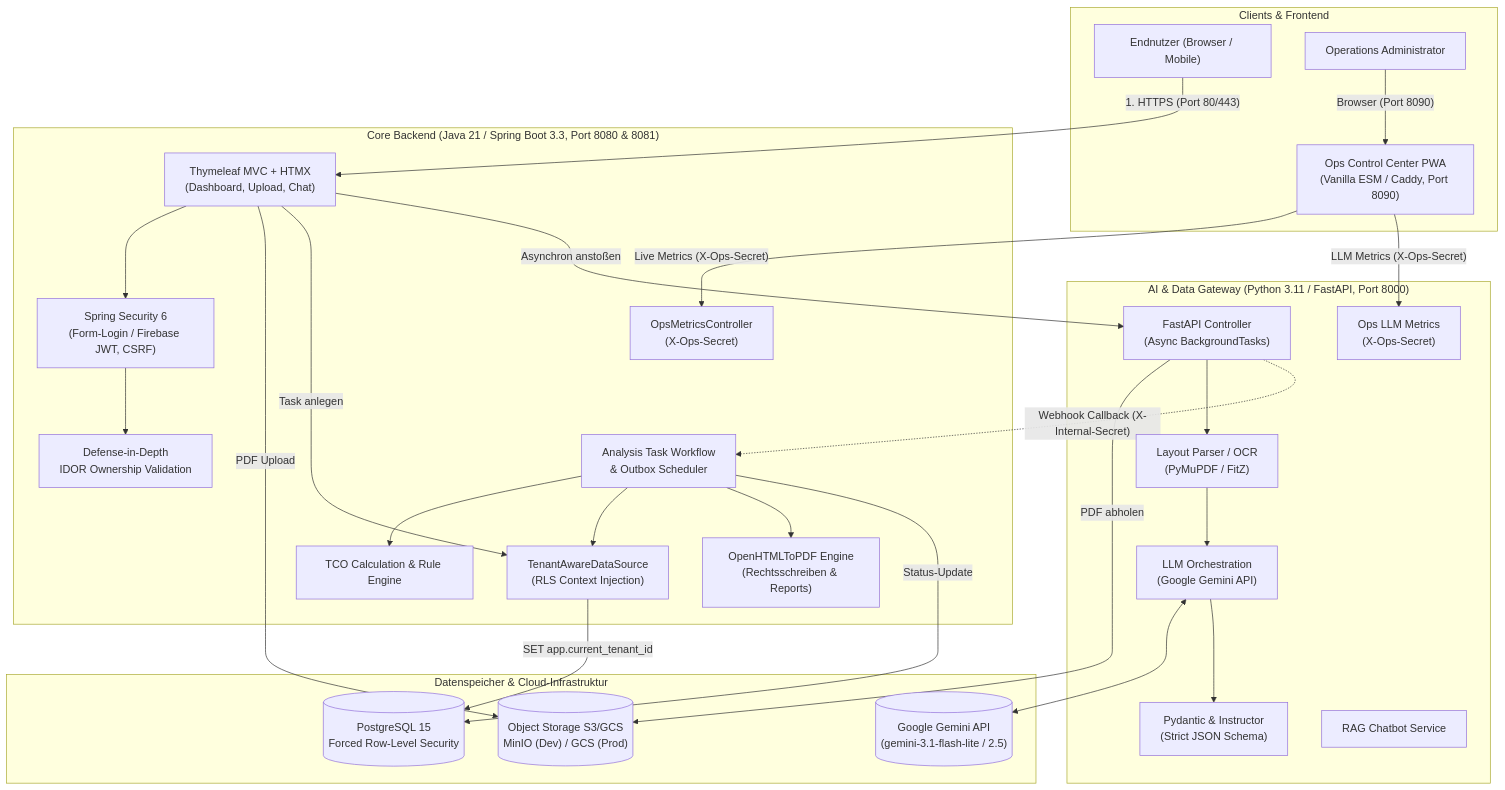
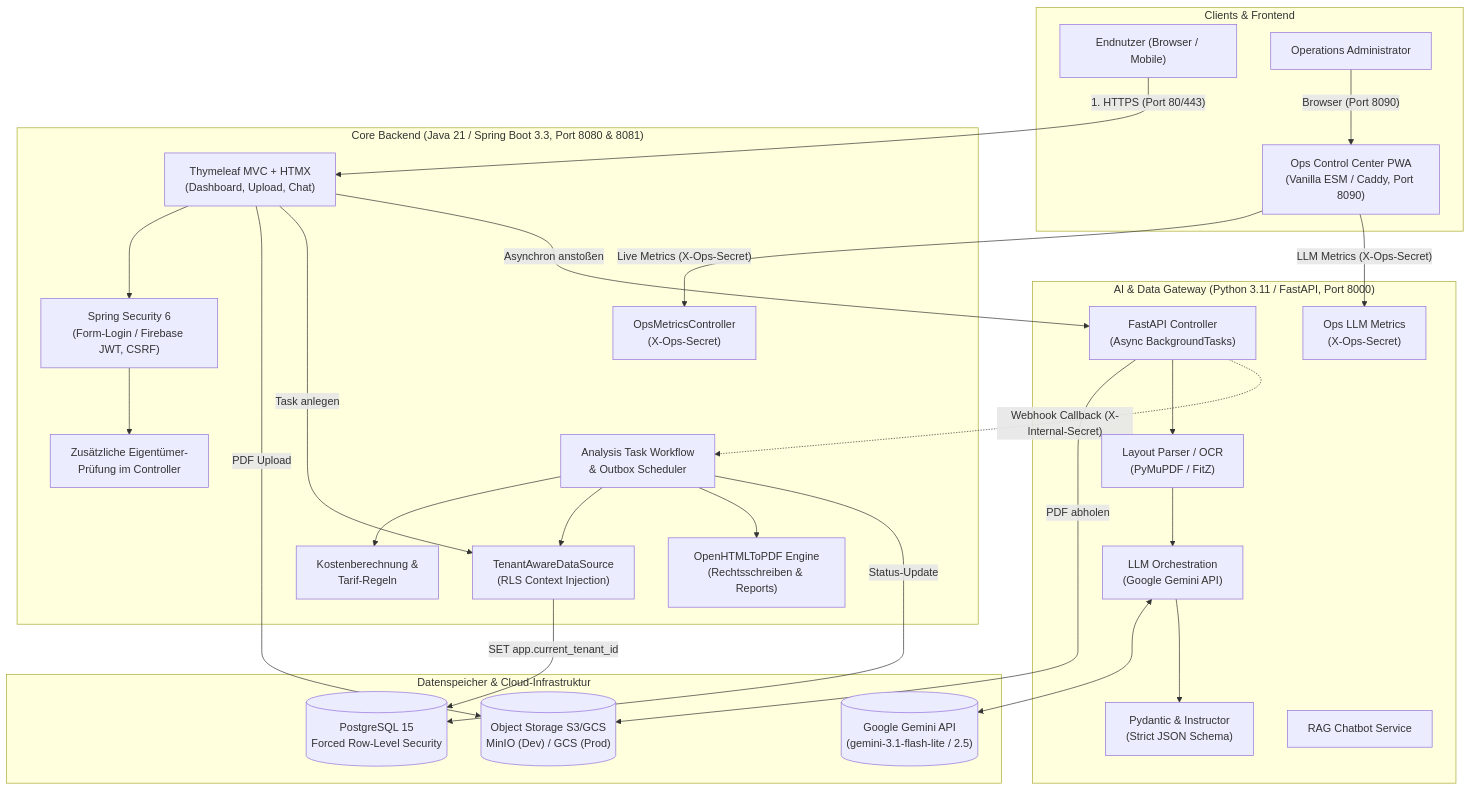
The diagram in architecture.md (ihz-christians/ihz-contract-checker), drawn with Mermaid before and after one commit. The commit also changed other lines of this file and 6 other files, not shown here.

````diff
--- a/architecture.md
+++ b/architecture.md
@@ -11,64 +11,64 @@
 ```mermaid
 graph TD
     subgraph "Clients & Frontend"
         User["Endnutzer (Browser / Mobile)"]
         Admin["Operations Administrator"]
         OCC["Ops Control Center PWA<br/>(Vanilla ESM / Caddy, Port 8090)"]
     end
 
     subgraph "Core Backend (Java 21 / Spring Boot 3.3, Port 8080 & 8081)"
         Web["Thymeleaf MVC + HTMX<br/>(Dashboard, Upload, Chat)"]
         Sec["Spring Security 6<br/>(Form-Login / Firebase JWT, CSRF)"]
-        IDOR["Defense-in-Depth<br/>IDOR Ownership Validation"]
+        IDOR["Zusätzliche Eigentümer-<br/>Prüfung im Controller"]
         TaskMgr["Analysis Task Workflow<br/>& Outbox Scheduler"]
-        Rules["TCO Calculation & Rule Engine"]
+        Rules["Kostenberechnung &<br/>Tarif-Regeln"]
         PDFGen["OpenHTMLToPDF Engine<br/>(Rechtsschreiben & Reports)"]
         TenantDS["TenantAwareDataSource<br/>(RLS Context Injection)"]
         OpsCtrl["OpsMetricsController<br/>(X-Ops-Secret)"]
     end
 
     subgraph "AI & Data Gateway (Python 3.11 / FastAPI, Port 8000)"
         FastAPI["FastAPI Controller<br/>(Async BackgroundTasks)"]
         PyMuPDF["Layout Parser / OCR<br/>(PyMuPDF / FitZ)"]
         LLM["LLM Orchestration<br/>(Google Gemini API)"]
         Schema["Pydantic & Instructor<br/>(Strict JSON Schema)"]
         Chatbot["RAG Chatbot Service"]
         AIOps["Ops LLM Metrics<br/>(X-Ops-Secret)"]
     end
 
     subgraph "Datenspeicher & Cloud-Infrastruktur"
         DB[("PostgreSQL 15<br/>Forced Row-Level Security")]
         Storage[("Object Storage S3/GCS<br/>MinIO (Dev) / GCS (Prod)")]
         Gemini[("Google Gemini API<br/>(gemini-3.1-flash-lite / 2.5)")]
     end
 
     %% Client Interactions
     User -->|"1. HTTPS (Port 80/443)"| Web
     Admin -->|"Browser (Port 8090)"| OCC
     OCC -->|"Live Metrics (X-Ops-Secret)"| OpsCtrl
     OCC -->|"LLM Metrics (X-Ops-Secret)"| AIOps
 
     %% Core Flow
     Web --> Sec
     Sec --> IDOR
     Web -->|"PDF Upload"| Storage
     Web -->|"Task anlegen"| TenantDS
     Web -->|"Asynchron anstoßen"| FastAPI
 
     %% AI Pipeline Flow
     FastAPI -->|"PDF abholen"| Storage
     FastAPI --> PyMuPDF
     PyMuPDF --> LLM
     LLM <--> Gemini
     LLM --> Schema
     FastAPI -.->|"Webhook Callback (X-Internal-Secret)"| TaskMgr
 
     %% Task Finalization & Outbox
     TaskMgr --> Rules
     TaskMgr --> TenantDS
     TaskMgr --> PDFGen
     TaskMgr -->|"Status-Update"| DB
 
     %% Persistence Connection
     TenantDS -->|"SET app.current_tenant_id"| DB
 ```
````
